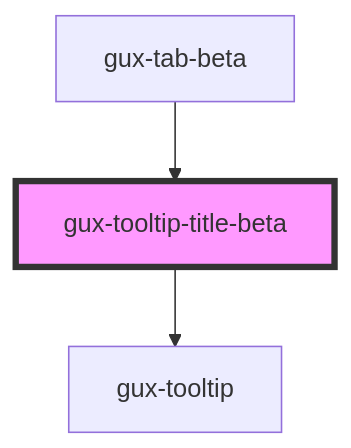
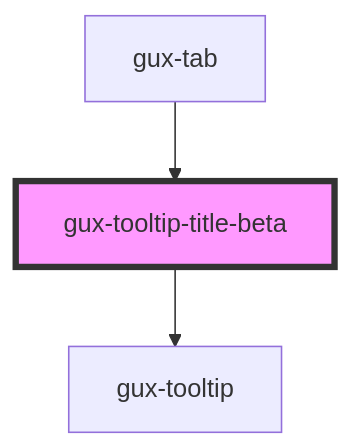
The diagram in src/components/beta/gux-tooltip-title/readme.md (MyPureCloud/genesys-spark), drawn with Mermaid before and after one commit. The commit also changed other lines of this file and 135 other files, not shown here.

Commit message:
feat(gux-tabs): unify tab component APIs

````diff
--- a/src/components/beta/gux-tooltip-title/readme.md
+++ b/src/components/beta/gux-tooltip-title/readme.md
@@ -26,6 +26,6 @@
 ```mermaid
 graph TD;
   gux-tooltip-title-beta --> gux-tooltip
-  gux-tab-beta --> gux-tooltip-title-beta
+  gux-tab --> gux-tooltip-title-beta
   style gux-tooltip-title-beta fill:#f9f,stroke:#333,stroke-width:4px
 ```
````
